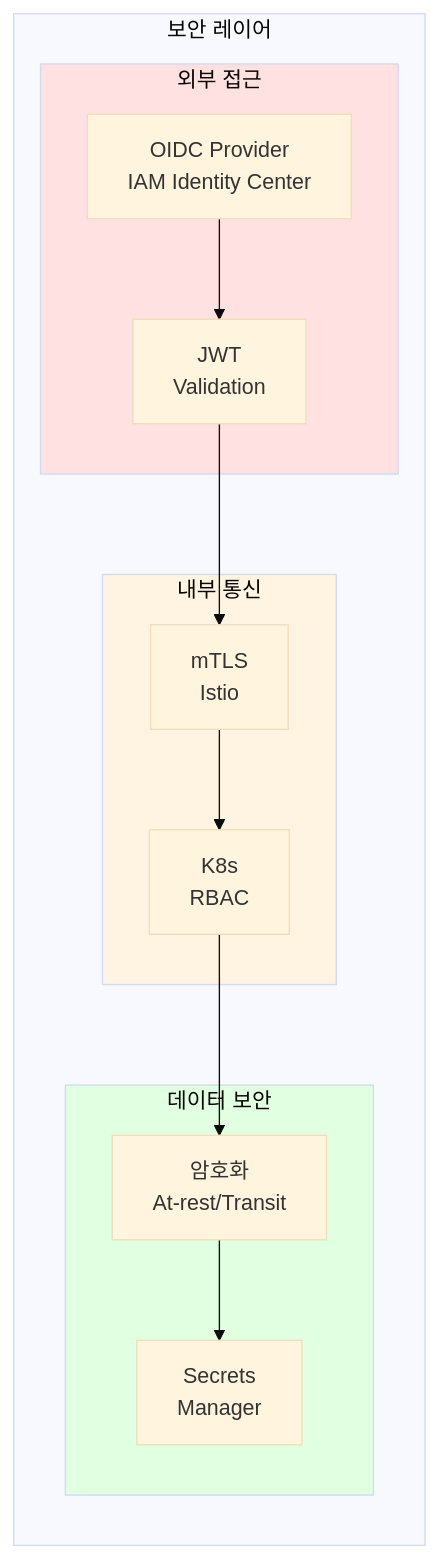
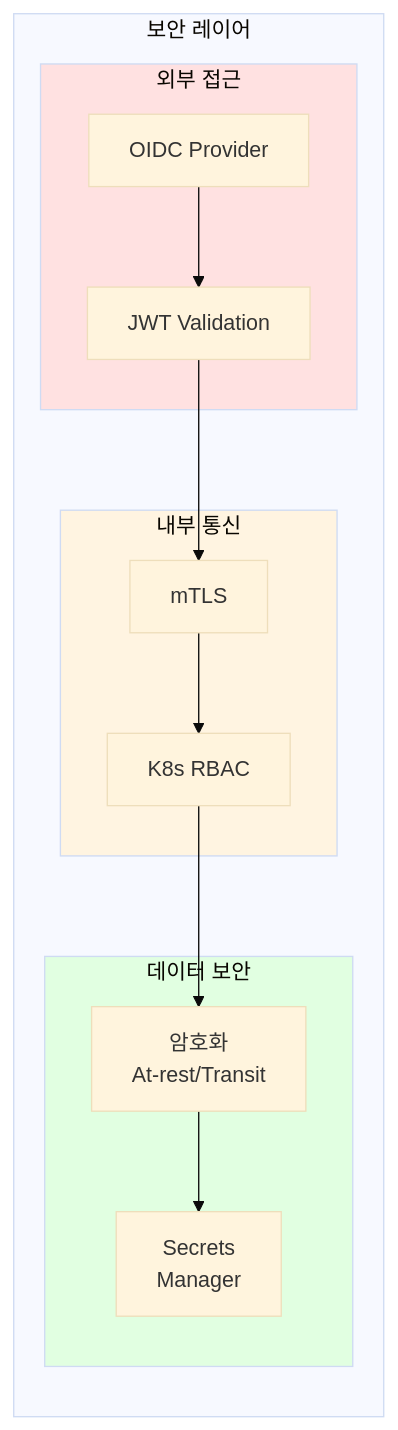
One commit to devfloor9/engineering-playbook changed the eighth of 9 diagrams in docs/agentic-ai-platform/design-architecture/agentic-platform-architecture.md. Above: the diagram before and after it, drawn with Mermaid (base theme). The commit also changed other lines of this file and 6 other files, not shown here.

First line of the commit message:
refactor: design-architecture 문서 흐름 재구성 + 콘텐츠 재배치

````diff
--- a/docs/agentic-ai-platform/design-architecture/agentic-platform-architecture.md
+++ b/docs/agentic-ai-platform/design-architecture/agentic-platform-architecture.md
@@ -853,29 +423,29 @@
 ```mermaid
 flowchart LR
     subgraph Security["보안 레이어"]
         subgraph External["외부 접근"]
-            OIDC["OIDC Provider<br/>IAM Identity Center"]
-            JWT["JWT<br/>Validation"]
+            OIDC["OIDC Provider"]
+            JWT["JWT Validation"]
         end
 
         subgraph Internal["내부 통신"]
-            MTLS["mTLS<br/>Istio"]
-            RBAC["K8s<br/>RBAC"]
+            MTLS["mTLS"]
+            RBAC["K8s RBAC"]
         end
 
         subgraph Data["데이터 보안"]
             ENCRYPT["암호화<br/>At-rest/Transit"]
             SECRETS["Secrets<br/>Manager"]
         end
     end
 
     OIDC --> JWT
     JWT --> MTLS
     MTLS --> RBAC
     RBAC --> ENCRYPT
     ENCRYPT --> SECRETS
 
     style External fill:#ffe1e1
     style Internal fill:#fff4e1
     style Data fill:#e1ffe1
 ```
````
